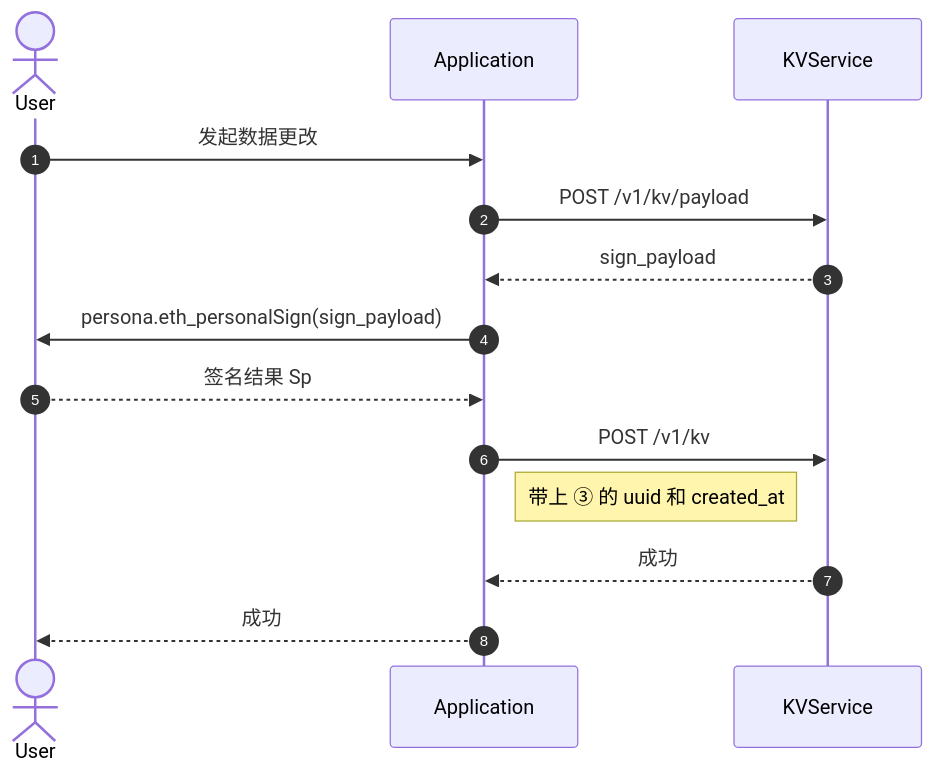
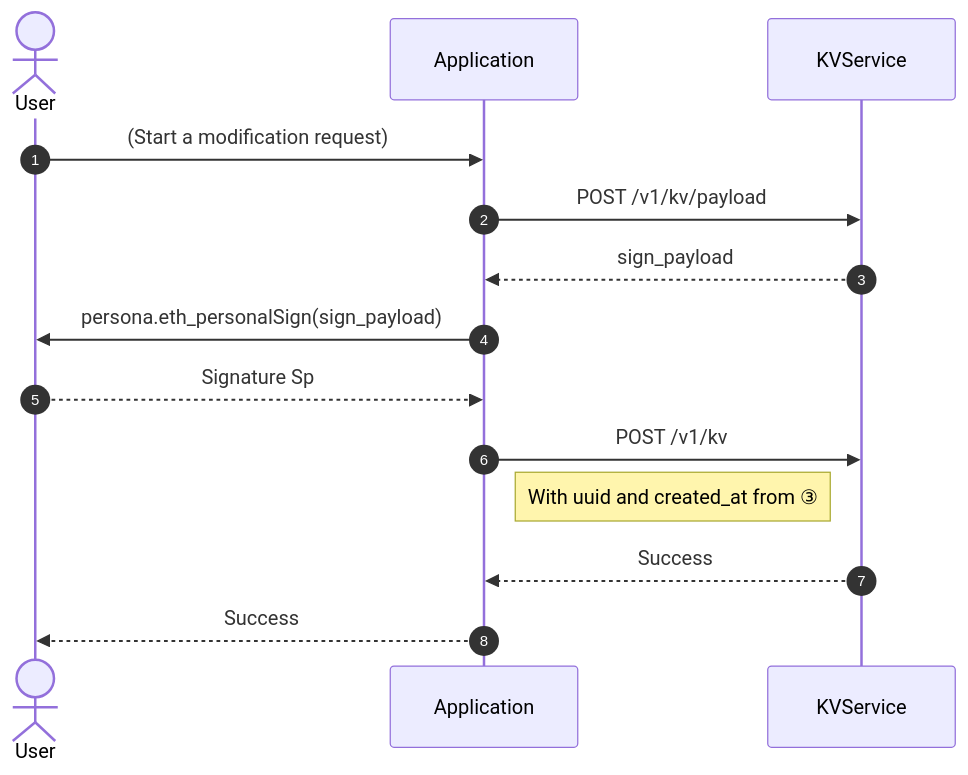
One commit to NextDotID/docs changed the diagram in i18n/zh-Hans/docusaurus-plugin-content-docs/current/kv-service/intro.md. Above: the diagram before and after it, drawn with Mermaid. The commit also changed other lines of this file and 61 other files, not shown here.

````diff
--- a/i18n/zh-Hans/docusaurus-plugin-content-docs/current/kv-service/intro.md
+++ b/i18n/zh-Hans/docusaurus-plugin-content-docs/current/kv-service/intro.md
@@ -68,17 +77,17 @@
 ```mermaid
 sequenceDiagram
     autonumber
     actor U as User
     participant A as Application
     participant KS as KVService
 
-    U ->> A : 发起数据更改
+    U ->> A : (Start a modification request)
     A ->> KS : POST /v1/kv/payload
     KS -->> A : sign_payload
     A ->> U : persona.eth_personalSign(sign_payload)
-    U -->> A : 签名结果 Sp
+    U -->> A : Signature Sp
     A ->> KS : POST /v1/kv
-    note right of A : 带上 ③ 的 uuid 和 created_at
-    KS -->> A : 成功
-    A -->> U : 成功
+    note right of A : With uuid and created_at from ③
+    KS -->> A : Success
+    A -->> U : Success
 ```
````
